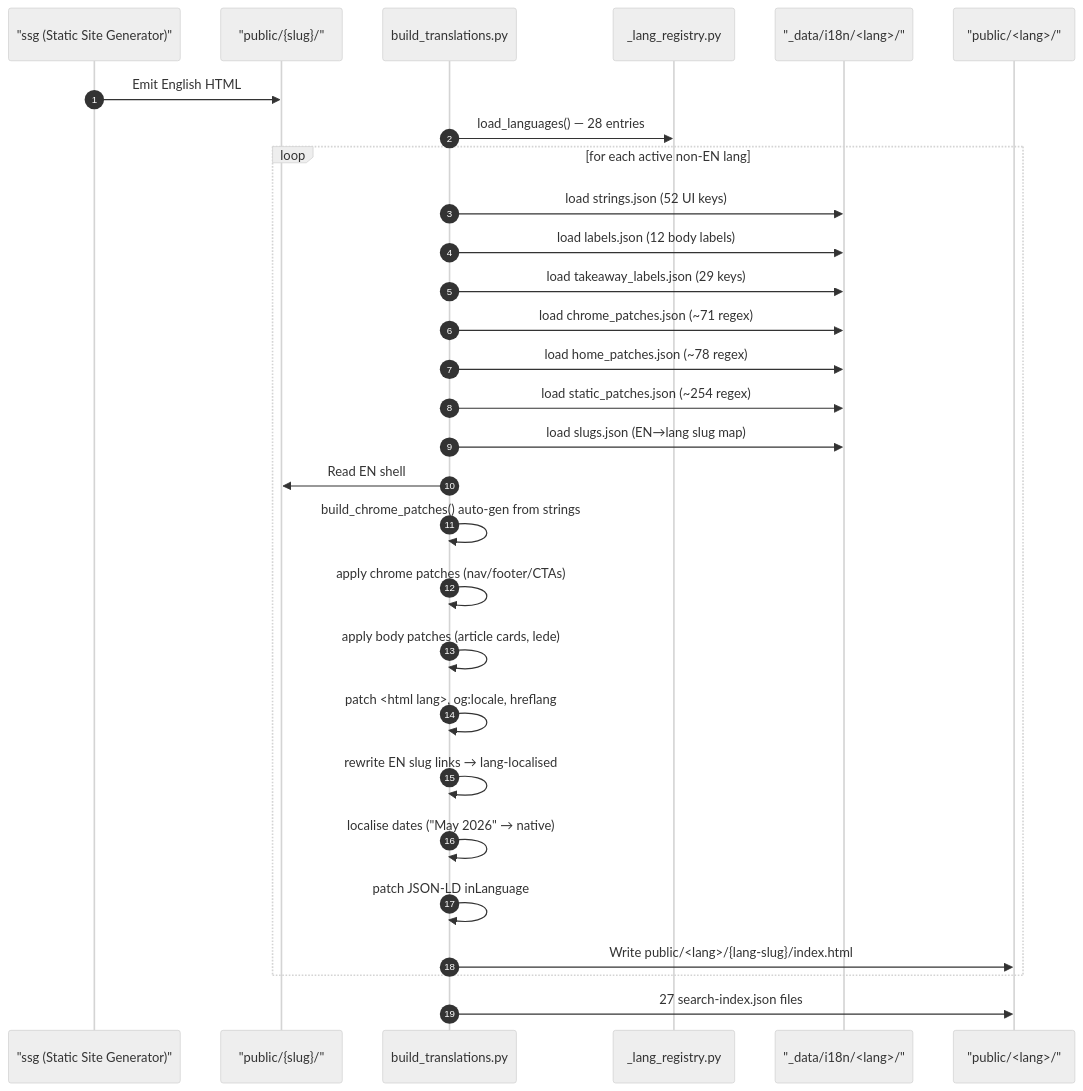
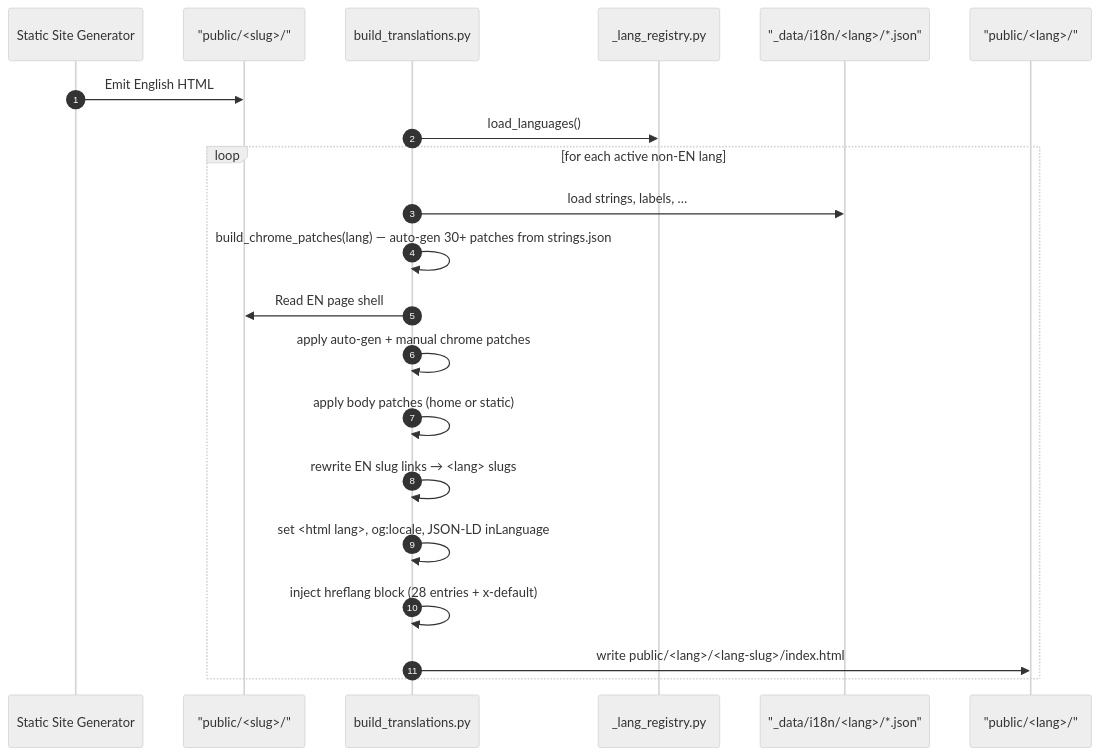
Before and after one commit to sebastienrousseau/sebastienrousseau.github.io: the second of 3 diagrams in README.md, drawn with Mermaid. The commit also changed other lines of this file and 3817 other files, not shown here.

````diff
--- a/README.md
+++ b/README.md
@@ -348,33 +155,25 @@
 ```mermaid
 %%{init: {'theme':'neutral'} }%%
 sequenceDiagram
  autonumber
- participant SSG as "ssg (Static Site Generator)"
- participant FS as "public/{slug}/"
+ participant SSG as Static Site Generator
+ participant FS as "public/<slug>/"
  participant BT as build_translations.py
  participant LR as _lang_registry.py
- participant D as "_data/i18n/<lang>/"
+ participant J as "_data/i18n/<lang>/*.json"
  participant Out as "public/<lang>/"
 
  SSG->>FS: Emit English HTML
- BT->>LR: load_languages() — 28 entries
+ BT->>LR: load_languages()
  loop for each active non-EN lang
- BT->>D: load strings.json (52 UI keys)
- BT->>D: load labels.json (12 body labels)
- BT->>D: load takeaway_labels.json (29 keys)
- BT->>D: load chrome_patches.json (~71 regex)
- BT->>D: load home_patches.json (~78 regex)
- BT->>D: load static_patches.json (~254 regex)
- BT->>D: load slugs.json (EN→lang slug map)
- BT->>FS: Read EN shell
- BT->>BT: build_chrome_patches() auto-gen from strings
- BT->>BT: apply chrome patches (nav/footer/CTAs)
- BT->>BT: apply body patches (article cards, lede)
- BT->>BT: patch <html lang>, og:locale, hreflang
- BT->>BT: rewrite EN slug links → lang-localised
- BT->>BT: localise dates ("May 2026" → native)
- BT->>BT: patch JSON-LD inLanguage
- BT->>Out: Write public/<lang>/{lang-slug}/index.html
+ BT->>J: load strings, labels, …
+ BT->>BT: build_chrome_patches(lang) — auto-gen 30+ patches from strings.json
+ BT->>FS: Read EN page shell
+ BT->>BT: apply auto-gen + manual chrome patches
+ BT->>BT: apply body patches (home or static)
+ BT->>BT: rewrite EN slug links → <lang> slugs
+ BT->>BT: set <html lang>, og:locale, JSON-LD inLanguage
+ BT->>BT: inject hreflang block (28 entries + x-default)
+ BT->>Out: write public/<lang>/<lang-slug>/index.html
  end
- BT->>Out: 27 search-index.json files
 ```
````
